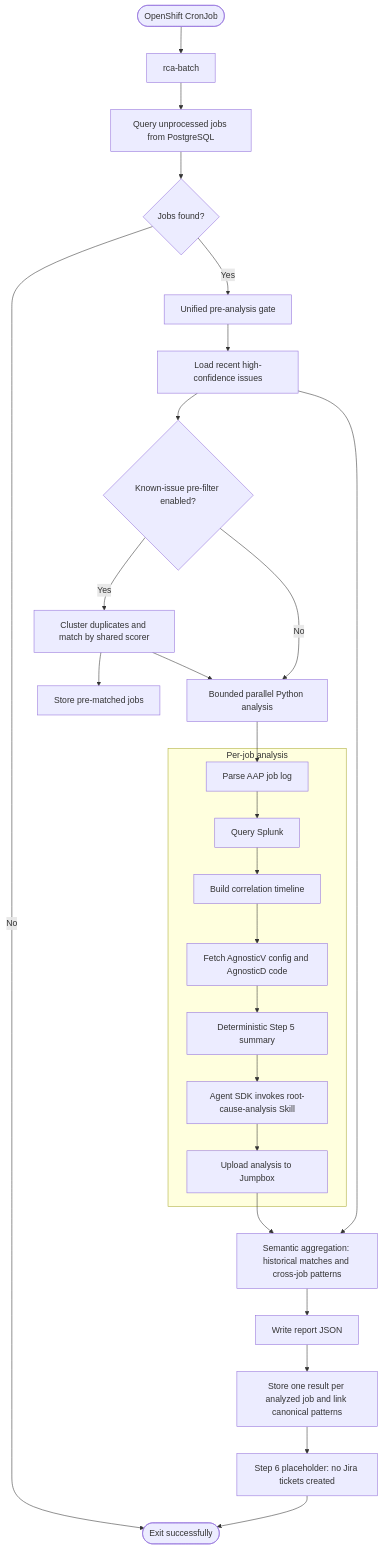
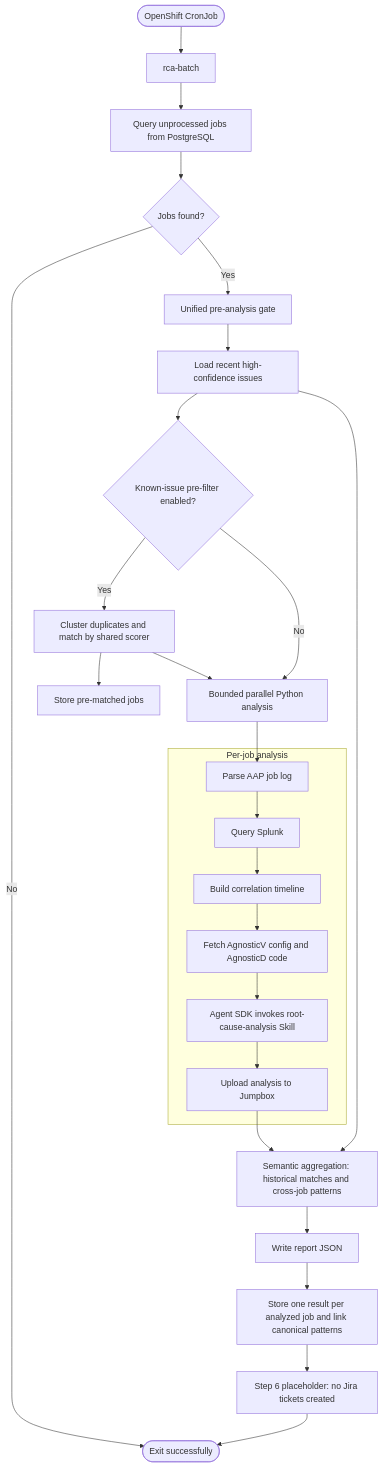
Before and after one commit to Shreyanand/aap2-rca-agent: the diagram in README.md, drawn with Mermaid. The commit also changed other lines of this file and 6 other files, not shown here.

Commit message:
Restore agent-owned Step 5 analysis

````diff
--- a/README.md
+++ b/README.md
@@ -10,31 +10,30 @@
 ```mermaid
 flowchart TD
     Start([OpenShift CronJob]) --> Runner[rca-batch]
     Runner --> Query[Query unprocessed jobs from PostgreSQL]
     Query --> AnyJobs{Jobs found?}
     AnyJobs -- No --> Done([Exit successfully])
     AnyJobs -- Yes --> Gate[Unified pre-analysis gate]
     Gate --> Known[Load recent high-confidence issues]
     Known --> Filter{Known-issue pre-filter enabled?}
     Filter -- Yes --> Prefilter[Cluster duplicates and match by shared scorer]
     Filter -- No --> Analysis
     Prefilter --> Matched[Store pre-matched jobs]
     Prefilter --> Analysis[Bounded parallel Python analysis]
     subgraph PerJob[Per-job analysis]
       Parse[Parse AAP job log]
       Splunk[Query Splunk]
       Correlation[Build correlation timeline]
       GitHub[Fetch AgnosticV config and AgnosticD code]
-      Summary[Deterministic Step 5 summary]
-      Review[Agent SDK invokes root-cause-analysis Skill]
+      Synthesis[Agent SDK invokes root-cause-analysis Skill]
       Upload[Upload analysis to Jumpbox]
-      Parse --> Splunk --> Correlation --> GitHub --> Summary --> Review --> Upload
+      Parse --> Splunk --> Correlation --> GitHub --> Synthesis --> Upload
     end
     Analysis --> Parse
     Upload --> Aggregate[Semantic aggregation: historical matches and cross-job patterns]
     Known --> Aggregate
     Aggregate --> Write[Write report JSON]
     Write --> Store[Store one result per analyzed job and link canonical patterns]
     Store --> Jira[Step 6 placeholder: no Jira tickets created]
     Jira --> Done
 ```
````
